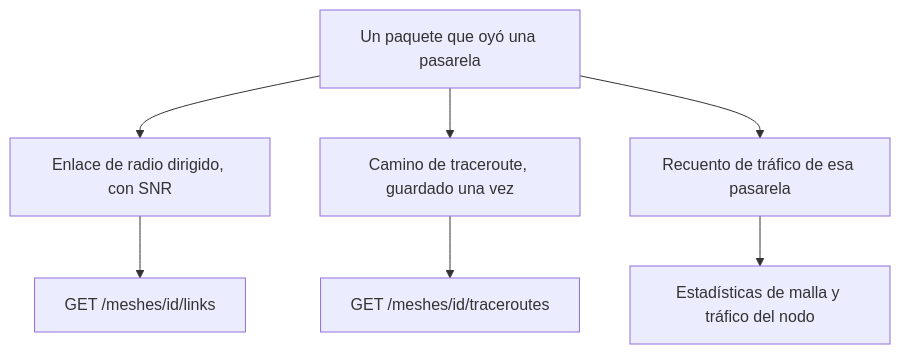
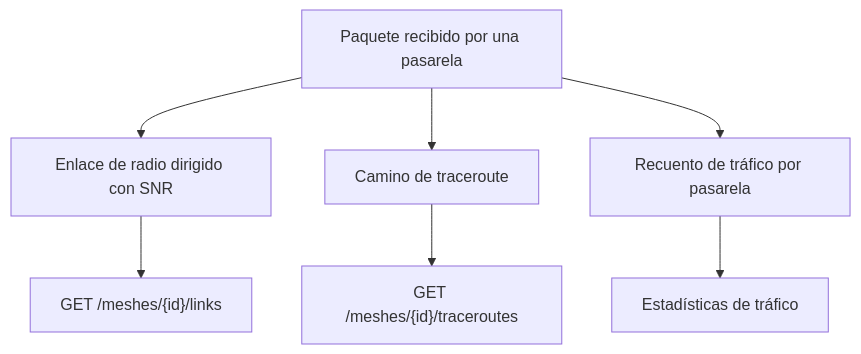
The diagram in apps/web/content/docs/es/network.mdx (sensical-coop/mesh-things-apps), drawn with Mermaid before and after one commit. The commit also changed other lines of this file and 27 other files, not shown here.

````diff
--- a/apps/web/content/docs/es/network.mdx
+++ b/apps/web/content/docs/es/network.mdx
@@ -10,9 +10,9 @@
 ```mermaid
 flowchart TD
-  packet["Un paquete que oyó una pasarela"] --> link["Enlace de radio dirigido, con SNR"]
-  packet --> trace["Camino de traceroute, guardado una vez"]
-  packet --> count["Recuento de tráfico de esa pasarela"]
-  link --> linksApi["GET /meshes/id/links"]
-  trace --> traceApi["GET /meshes/id/traceroutes"]
-  count --> statsApi["Estadísticas de malla y tráfico del nodo"]
+  packet["Paquete recibido por una pasarela"] --> link["Enlace de radio dirigido con SNR"]
+  packet --> trace["Camino de traceroute"]
+  packet --> count["Recuento de tráfico por pasarela"]
+  link --> linksApi["GET /meshes/{id}/links"]
+  trace --> traceApi["GET /meshes/{id}/traceroutes"]
+  count --> statsApi["Estadísticas de tráfico"]
 ```
````
